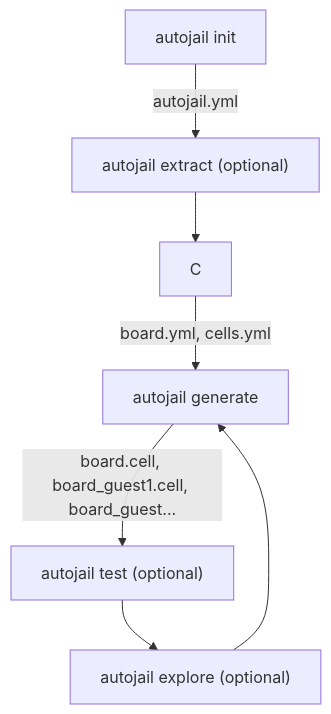
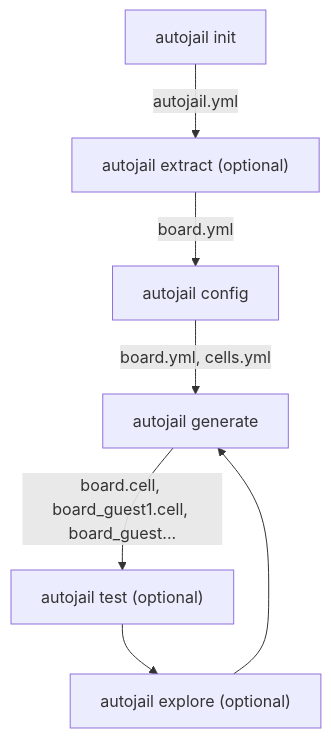
The diagram in doc/overview.md (ekut-es/autojail), drawn with Mermaid before and after one commit.

````diff
--- a/doc/overview.md
+++ b/doc/overview.md
@@ -5,9 +5,9 @@
 ```mermaid
 graph TD
   A[autojail init] -->|autojail.yml| B["autojail extract (optional)"];
-  B --> C;
+  B -->|board.yml| C["autojail config"];
   C -->|board.yml, cells.yml| D[autojail generate];
   D -->|board.cell, board_guest1.cell, board_guest...| E["autojail test (optional)"];
   E --> F["autojail explore (optional)"];
   F --> D;
 ```
````
